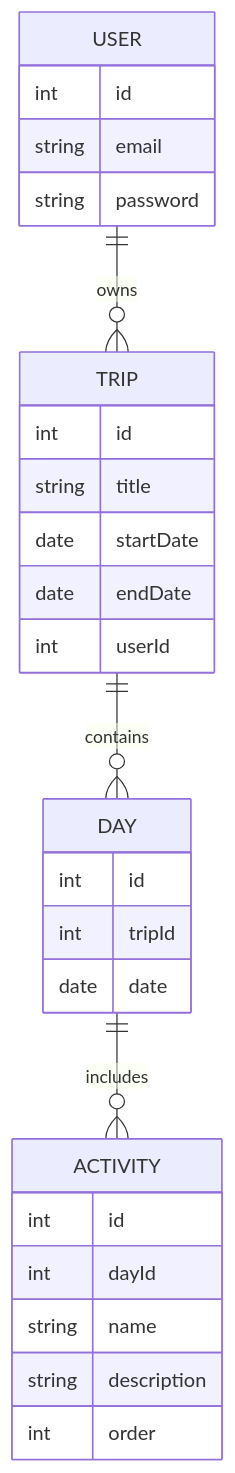
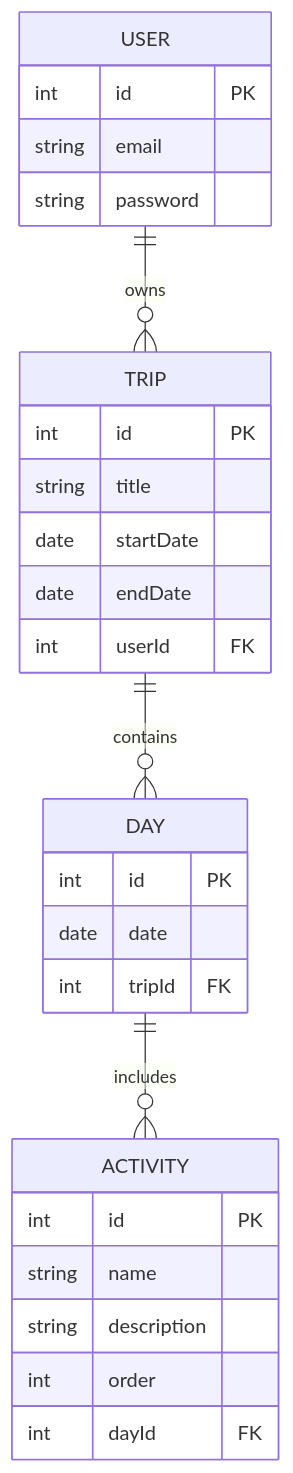
Before and after one commit to nicolasjveiga/travel-planner: the diagram in docs/sdd.md, drawn with Mermaid. The commit also changed other lines of this file, not shown here.

````diff
--- a/docs/sdd.md
+++ b/docs/sdd.md
@@ -20,34 +60,34 @@
-``` mermaid
+```mermaid
 erDiagram
     USER ||--o{ TRIP : owns
     TRIP ||--o{ DAY : contains
     DAY ||--o{ ACTIVITY : includes
 
     USER {
-        int id
+        int id PK
         string email
         string password
     }
 
     TRIP {
-        int id
+        int id PK
         string title
         date startDate
         date endDate
-        int userId
+        int userId FK
     }
 
     DAY {
-        int id
-        int tripId
+        int id PK
         date date
+        int tripId FK
     }
 
     ACTIVITY {
-        int id
-        int dayId
+        int id PK
         string name
         string description
         int order
+        int dayId FK
     }
 ```
````
